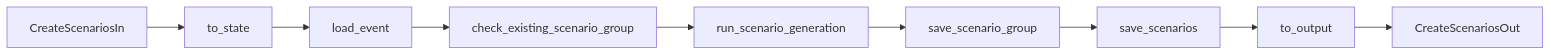
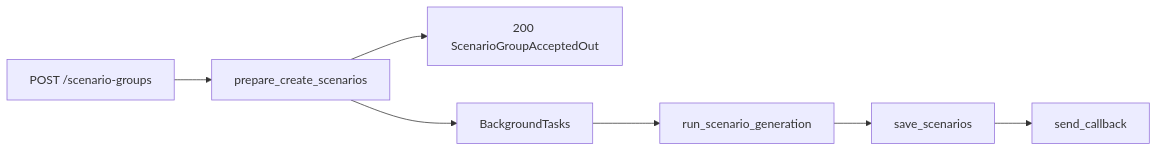
Before and after one commit to enkhbaatarL/skmip-mi-agent: the first of 7 diagrams in docs/architectures/scenario_group_agent_logic.md, drawn with Mermaid. The commit also changed other lines of this file, not shown here.

````diff
--- a/docs/architectures/scenario_group_agent_logic.md
+++ b/docs/architectures/scenario_group_agent_logic.md
@@ -96,11 +95,9 @@
 ```mermaid
 flowchart LR
-    A[CreateScenariosIn] --> B[to_state]
-    B --> C[load_event]
-    C --> D[check_existing_scenario_group]
+    A[POST /scenario-groups] --> B[prepare_create_scenarios]
+    B --> C[200 ScenarioGroupAcceptedOut]
+    B --> D[BackgroundTasks]
     D --> E[run_scenario_generation]
-    E --> F[save_scenario_group]
-    F --> G[save_scenarios]
-    G --> H[to_output]
-    H --> I[CreateScenariosOut]
+    E --> F[save_scenarios]
+    F --> G[send_callback]
 ```
````
